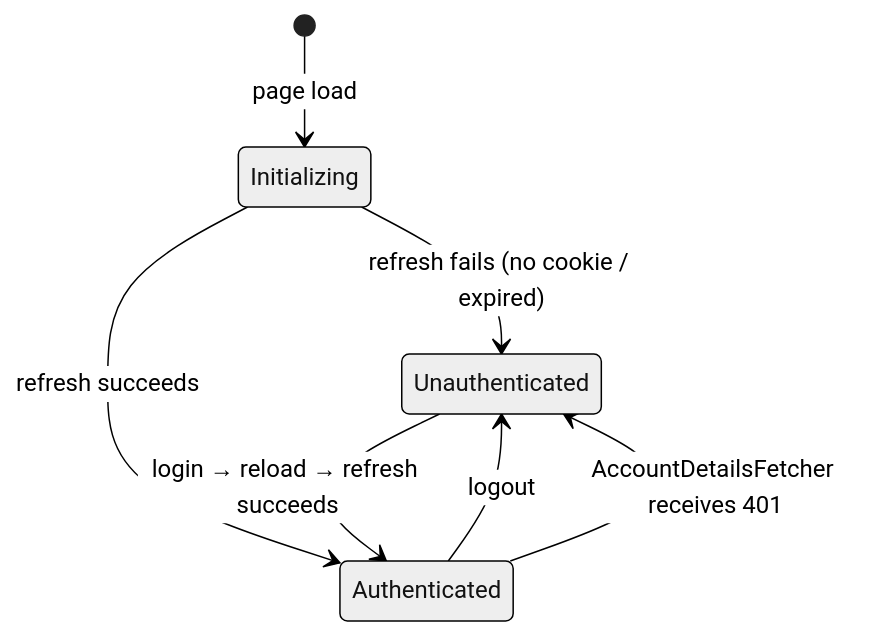
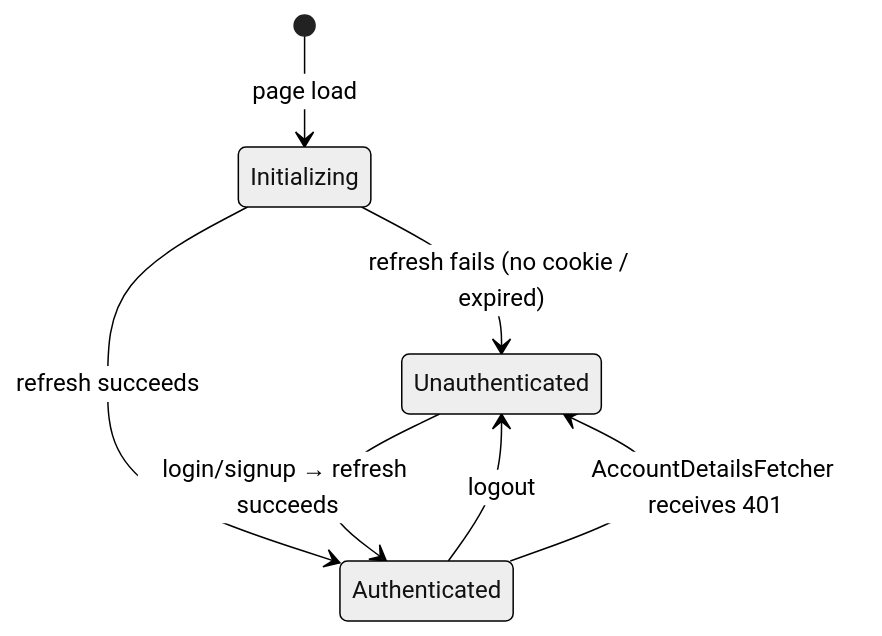
Before and after one commit to floels/pinit: the fourth of 4 diagrams in frontend/doc/authentication.md, drawn with Mermaid (neutral theme). The commit also changed other lines of this file and 12 other files, not shown here.

First line of the commit message:
refactor: rename AuthenticatedSetupBuilder to AuthBootstrap, drop reload after login

````diff
--- a/frontend/doc/authentication.md
+++ b/frontend/doc/authentication.md
@@ -116,11 +118,11 @@
 ```mermaid
 stateDiagram-v2
     [*] --> Initializing: page load
 
     Initializing --> Unauthenticated: refresh fails (no cookie / expired)
     Initializing --> Authenticated: refresh succeeds
 
-    Unauthenticated --> Authenticated: login → reload → refresh succeeds
+    Unauthenticated --> Authenticated: login/signup → refresh succeeds
     Authenticated --> Unauthenticated: logout
     Authenticated --> Unauthenticated: AccountDetailsFetcher receives 401
 ```
````
